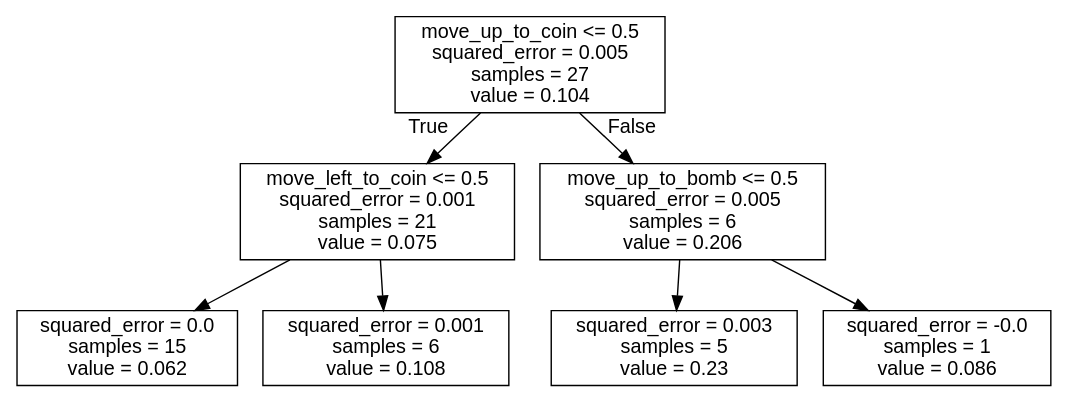
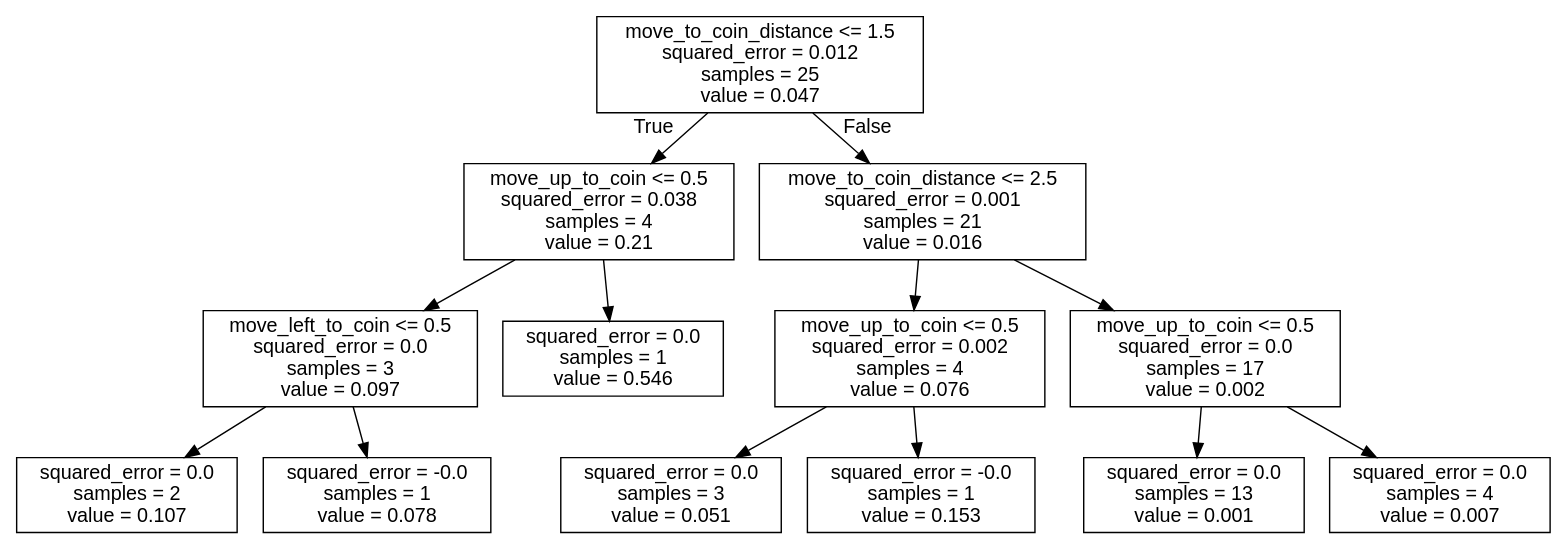
Before and after one commit to J-Gann/FML: the diagram in bomberman_rl/agent_code/my_agent/trees/UP.dot, drawn with Graphviz. The commit also changed 10 other files, not shown here.

```diff
--- a/bomberman_rl/agent_code/my_agent/trees/UP.dot
+++ b/bomberman_rl/agent_code/my_agent/trees/UP.dot
@@ -1,17 +1,29 @@
 digraph Tree {
 node [shape=box, fontname="helvetica"] ;
 edge [fontname="helvetica"] ;
-0 [label="move_up_to_coin <= 0.5\nsquared_error = 0.005\nsamples = 27\nvalue = 0.104"] ;
-1 [label="move_left_to_coin <= 0.5\nsquared_error = 0.001\nsamples = 21\nvalue = 0.075"] ;
+0 [label="move_to_coin_distance <= 1.5\nsquared_error = 0.012\nsamples = 25\nvalue = 0.047"] ;
+1 [label="move_up_to_coin <= 0.5\nsquared_error = 0.038\nsamples = 4\nvalue = 0.21"] ;
 0 -> 1 [labeldistance=2.5, labelangle=45, headlabel="True"] ;
-2 [label="squared_error = 0.0\nsamples = 15\nvalue = 0.062"] ;
+2 [label="move_left_to_coin <= 0.5\nsquared_error = 0.0\nsamples = 3\nvalue = 0.097"] ;
 1 -> 2 ;
-3 [label="squared_error = 0.001\nsamples = 6\nvalue = 0.108"] ;
-1 -> 3 ;
-4 [label="move_up_to_bomb <= 0.5\nsquared_error = 0.005\nsamples = 6\nvalue = 0.206"] ;
-0 -> 4 [labeldistance=2.5, labelangle=-45, headlabel="False"] ;
-5 [label="squared_error = 0.003\nsamples = 5\nvalue = 0.23"] ;
-4 -> 5 ;
-6 [label="squared_error = -0.0\nsamples = 1\nvalue = 0.086"] ;
-4 -> 6 ;
+3 [label="squared_error = 0.0\nsamples = 2\nvalue = 0.107"] ;
+2 -> 3 ;
+4 [label="squared_error = -0.0\nsamples = 1\nvalue = 0.078"] ;
+2 -> 4 ;
+5 [label="squared_error = 0.0\nsamples = 1\nvalue = 0.546"] ;
+1 -> 5 ;
+6 [label="move_to_coin_distance <= 2.5\nsquared_error = 0.001\nsamples = 21\nvalue = 0.016"] ;
+0 -> 6 [labeldistance=2.5, labelangle=-45, headlabel="False"] ;
+7 [label="move_up_to_coin <= 0.5\nsquared_error = 0.002\nsamples = 4\nvalue = 0.076"] ;
+6 -> 7 ;
+8 [label="squared_error = 0.0\nsamples = 3\nvalue = 0.051"] ;
+7 -> 8 ;
+9 [label="squared_error = -0.0\nsamples = 1\nvalue = 0.153"] ;
+7 -> 9 ;
+10 [label="move_up_to_coin <= 0.5\nsquared_error = 0.0\nsamples = 17\nvalue = 0.002"] ;
+6 -> 10 ;
+11 [label="squared_error = 0.0\nsamples = 13\nvalue = 0.001"] ;
+10 -> 11 ;
+12 [label="squared_error = 0.0\nsamples = 4\nvalue = 0.007"] ;
+10 -> 12 ;
 }
```
